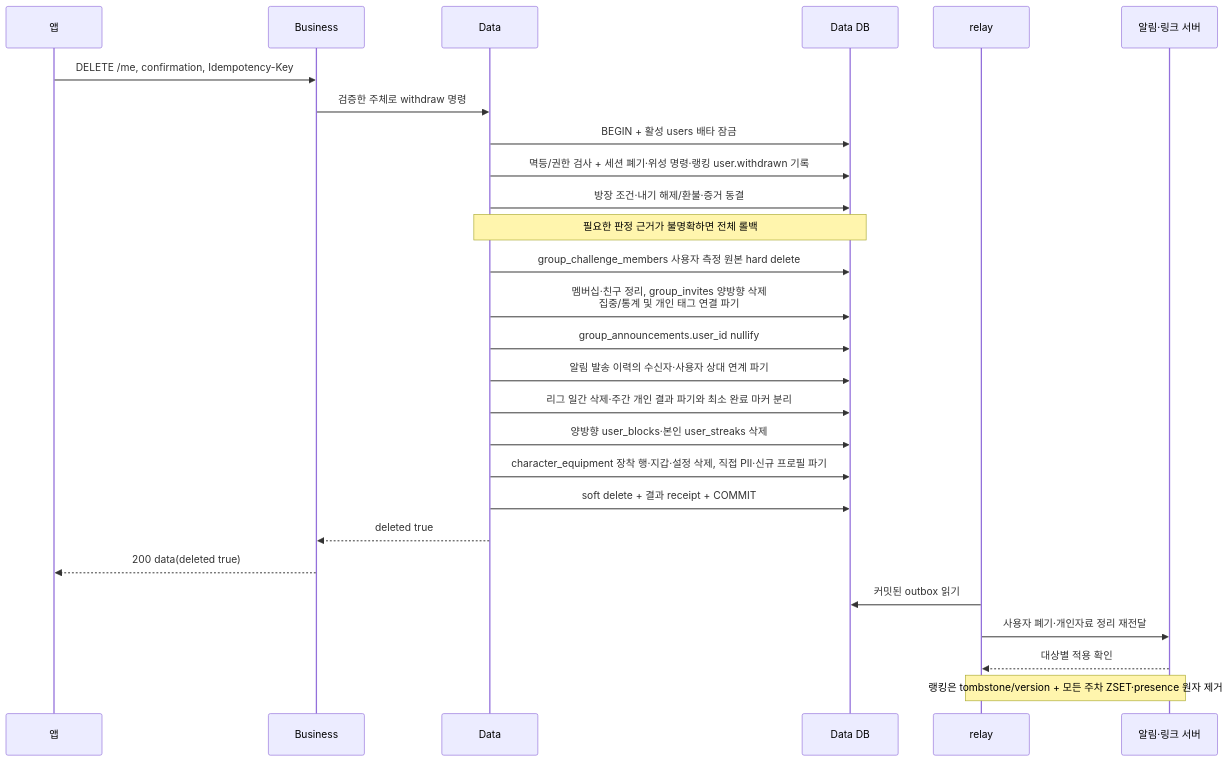
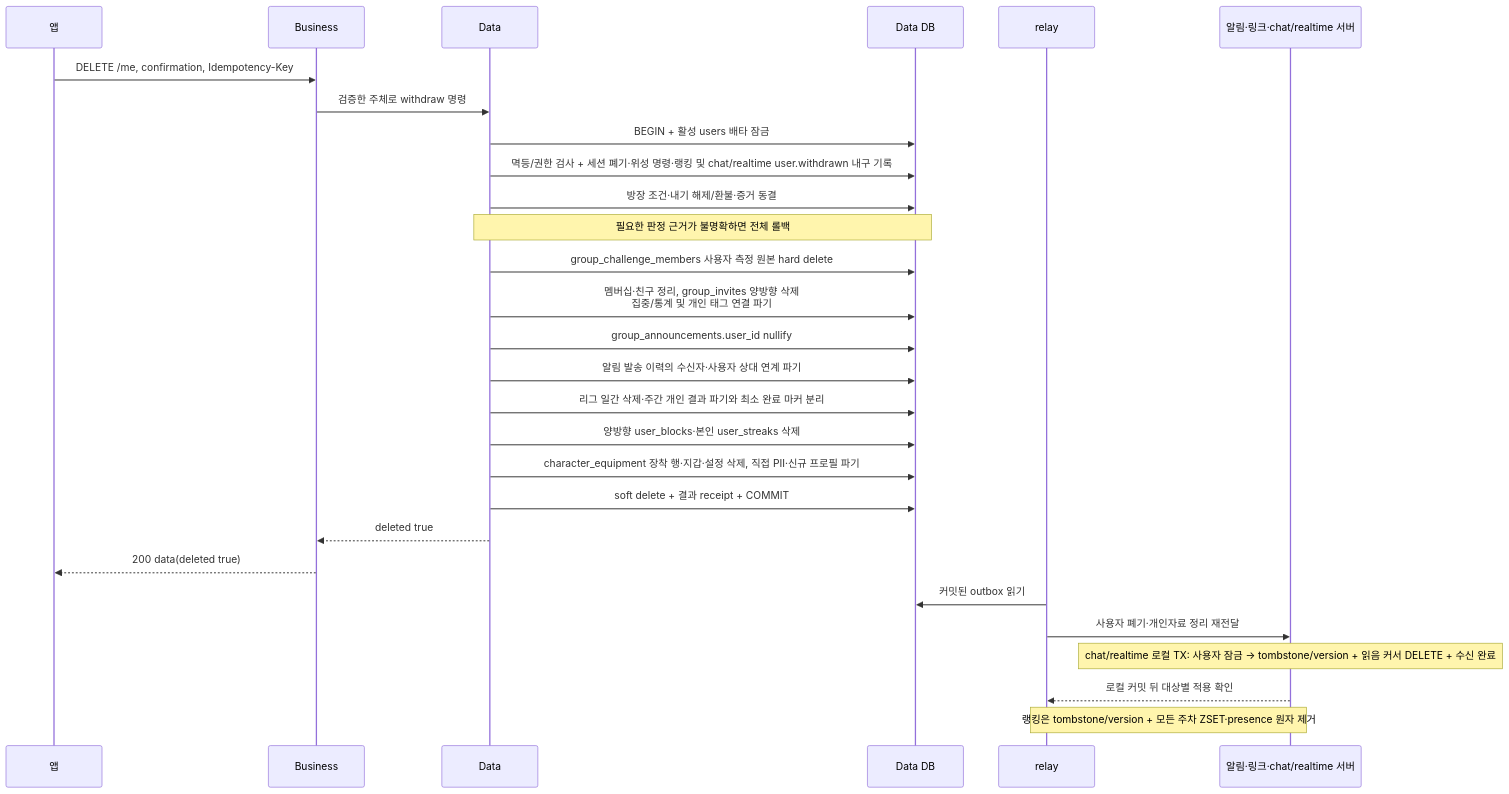
The fifth of 6 diagrams in docs/prd/account/high-level-design.md (OneOrThree/phone), drawn with Mermaid before and after one commit. The commit also changed other lines of this file and 4 other files, not shown here.

````diff
--- a/docs/prd/account/high-level-design.md
+++ b/docs/prd/account/high-level-design.md
@@ -144,29 +146,30 @@
 ```mermaid
 sequenceDiagram
     participant A as 앱
     participant B as Business
     participant D as Data
     participant DB as Data DB
     participant R as relay
-    participant S as 알림·링크 서버
+    participant S as 알림·링크·chat/realtime 서버
     A->>B: DELETE /me, confirmation, Idempotency-Key
     B->>D: 검증한 주체로 withdraw 명령
     D->>DB: BEGIN + 활성 users 배타 잠금
-    D->>DB: 멱등/권한 검사 + 세션 폐기·위성 명령·랭킹 user.withdrawn 기록
+    D->>DB: 멱등/권한 검사 + 세션 폐기·위성 명령·랭킹 및 chat/realtime user.withdrawn 내구 기록
     D->>DB: 방장 조건·내기 해제/환불·증거 동결
     Note over D,DB: 필요한 판정 근거가 불명확하면 전체 롤백
     D->>DB: group_challenge_members 사용자 측정 원본 hard delete
     D->>DB: 멤버십·친구 정리, group_invites 양방향 삭제<br/>집중/통계 및 개인 태그 연결 파기
     D->>DB: group_announcements.user_id nullify
     D->>DB: 알림 발송 이력의 수신자·사용자 상대 연계 파기
     D->>DB: 리그 일간 삭제·주간 개인 결과 파기와 최소 완료 마커 분리
     D->>DB: 양방향 user_blocks·본인 user_streaks 삭제
     D->>DB: character_equipment 장착 행·지갑·설정 삭제, 직접 PII·신규 프로필 파기
     D->>DB: soft delete + 결과 receipt + COMMIT
     D-->>B: deleted true
     B-->>A: 200 data(deleted true)
     R->>DB: 커밋된 outbox 읽기
     R->>S: 사용자 폐기·개인자료 정리 재전달
-    S-->>R: 대상별 적용 확인
+    Note over S: chat/realtime 로컬 TX: 사용자 잠금 → tombstone/version + 읽음 커서 DELETE + 수신 완료
+    S-->>R: 로컬 커밋 뒤 대상별 적용 확인
     Note over R,S: 랭킹은 tombstone/version + 모든 주차 ZSET·presence 원자 제거
 ```
````
